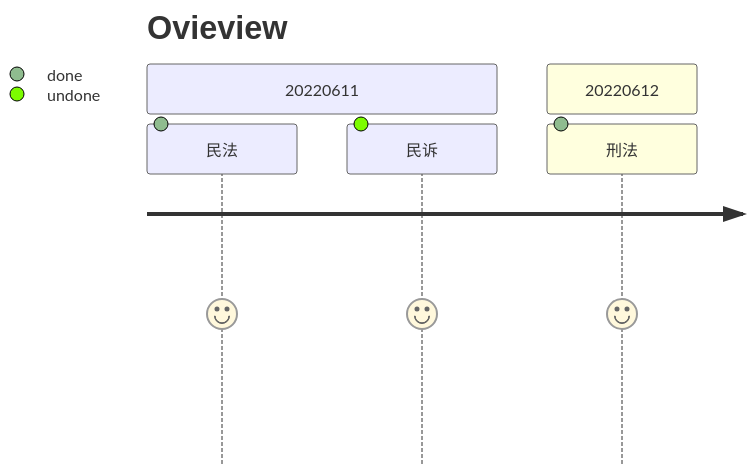
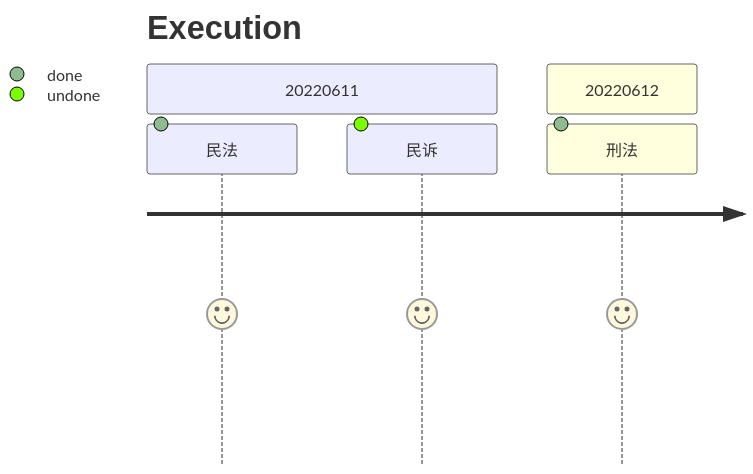
The second of 2 diagrams in index.md (MInsYang/100dayQEforLP), drawn with Mermaid before and after one commit. The commit also changed other lines of this file, not shown here.

````diff
--- a/index.md
+++ b/index.md
@@ -4,9 +28,9 @@
 ```mermaid
 journey
-  title Ovieview
+  title Execution
   section 20220611
     民法    : 5:done
     民诉    : 5:undone
   section 20220612
     刑法    : 5:done
 ```
````
